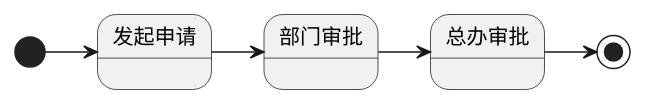
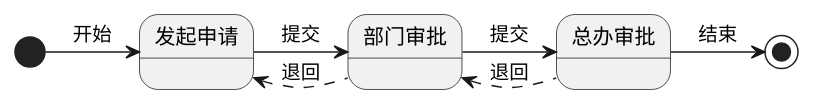
The diagram in docs/diagrams/flow1.puml (nemoworks/enkrinojs), drawn with PlantUML before and after one commit. The commit also changed 5 other files, not shown here.

```diff
--- a/docs/diagrams/flow1.puml
+++ b/docs/diagrams/flow1.puml
@@ -1,10 +1,13 @@
 @startuml
 state 发起申请
 state 部门审批
 state 总办审批
 
-[*] -right-> 发起申请
-发起申请 -right-> 部门审批
-部门审批 -right-> 总办审批
-总办审批 -right-> [*]
+[*] -right-> 发起申请 :开始
+发起申请 -right-> 部门审批 :提交
+部门审批 -right-> 总办审批 :提交
+部门审批 -left[dashed]-> 发起申请 :退回
+总办审批 -left[dashed]-> 部门审批 :退回
+
+总办审批 -right-> [*] :结束
 @enduml
```
